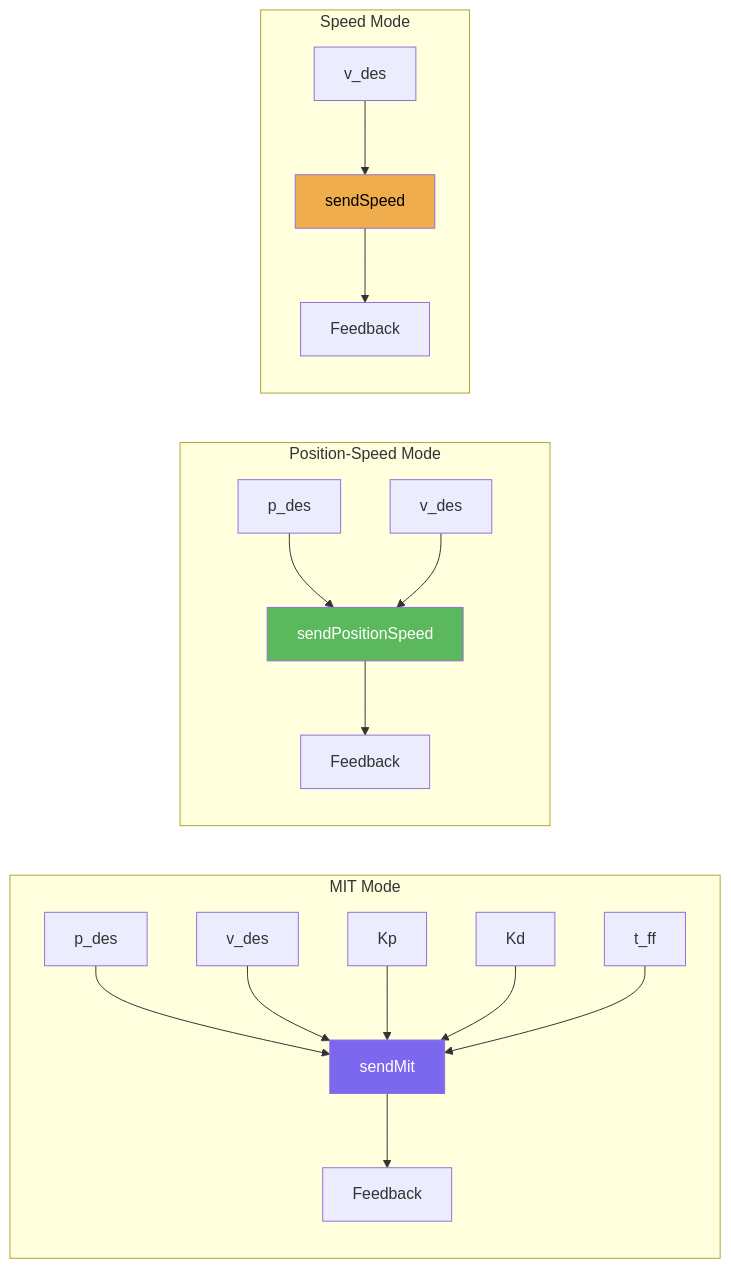
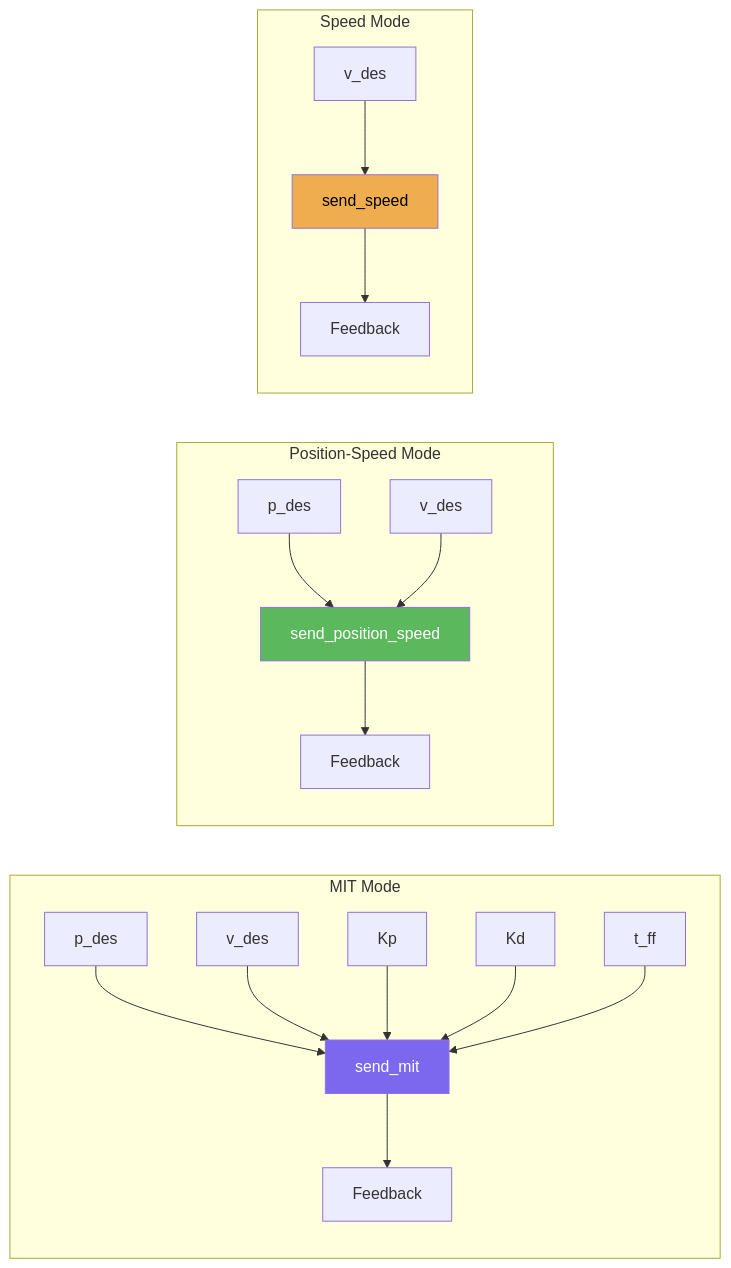
Before and after one commit to nu-jliu/damiao-driver-cpp: the fourth of 4 diagrams in README.md, drawn with Mermaid. The commit also changed other lines of this file, not shown here.

````diff
--- a/README.md
+++ b/README.md
@@ -304,29 +360,29 @@
 ```mermaid
 graph LR
     subgraph MIT Mode
         direction TB
         M1[p_des] --> MIT
         M2[v_des] --> MIT
         M3[Kp] --> MIT
         M4[Kd] --> MIT
         M5[t_ff] --> MIT
-        MIT[sendMit] --> R1[Feedback]
+        MIT[send_mit] --> R1[Feedback]
     end
 
     subgraph Position-Speed Mode
         direction TB
-        P1[p_des] --> PS[sendPositionSpeed]
+        P1[p_des] --> PS[send_position_speed]
         P2[v_des] --> PS
         PS --> R2[Feedback]
     end
 
     subgraph Speed Mode
         direction TB
-        S1[v_des] --> SP[sendSpeed]
+        S1[v_des] --> SP[send_speed]
         SP --> R3[Feedback]
     end
 
     style MIT fill:#7b68ee,color:#fff
     style PS fill:#5cb85c,color:#fff
     style SP fill:#f0ad4e,color:#000
 ```
````
